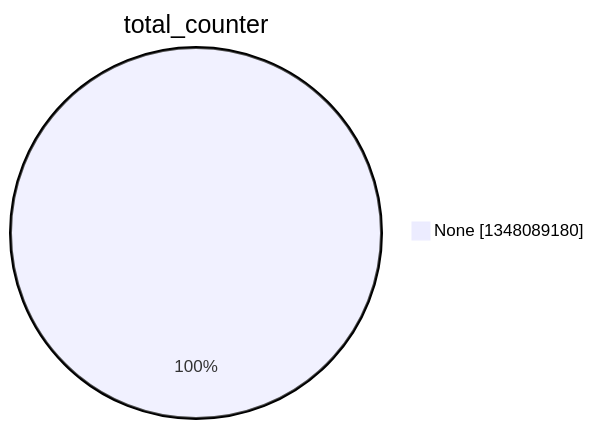
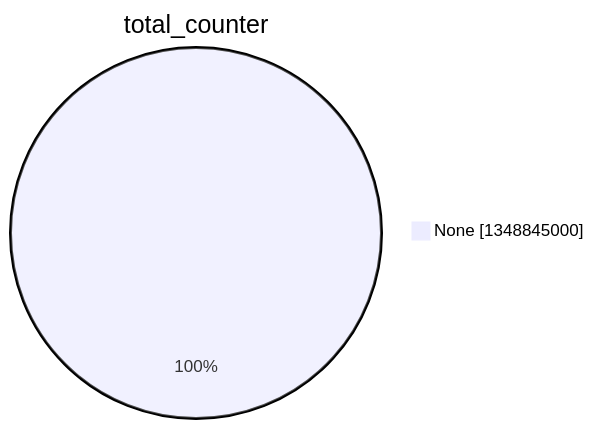
Before and after one commit to christiankrug/ctmonitor_visualization: the second of 15 diagrams in argon2022/README.md, drawn with Mermaid. The commit also changed other lines of this file, not shown here.

````diff
--- a/argon2022/README.md
+++ b/argon2022/README.md
@@ -9,5 +9,5 @@
 ```mermaid
 pie showData
 title total_counter
-"None" :1348089180
+"None" :1348845000
 ```
````
